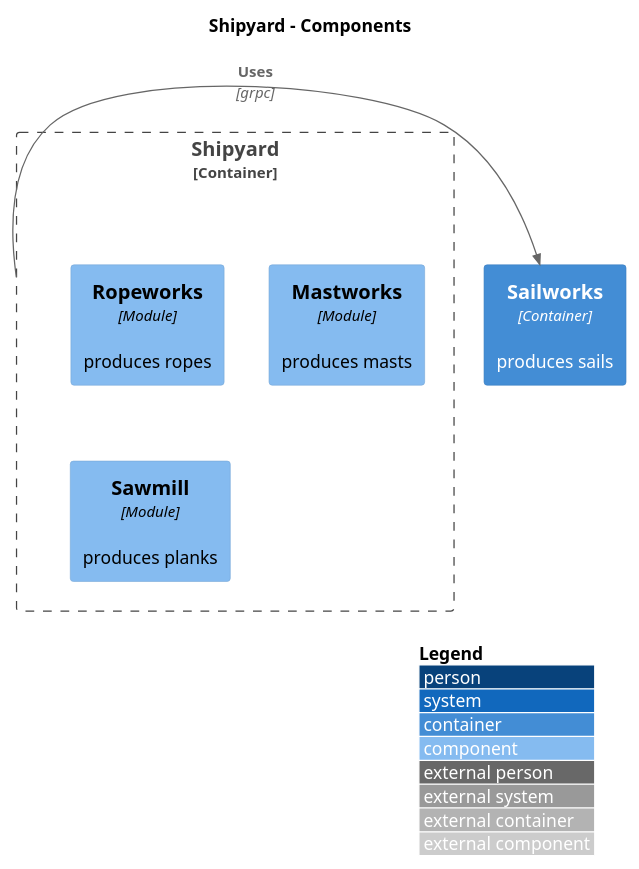
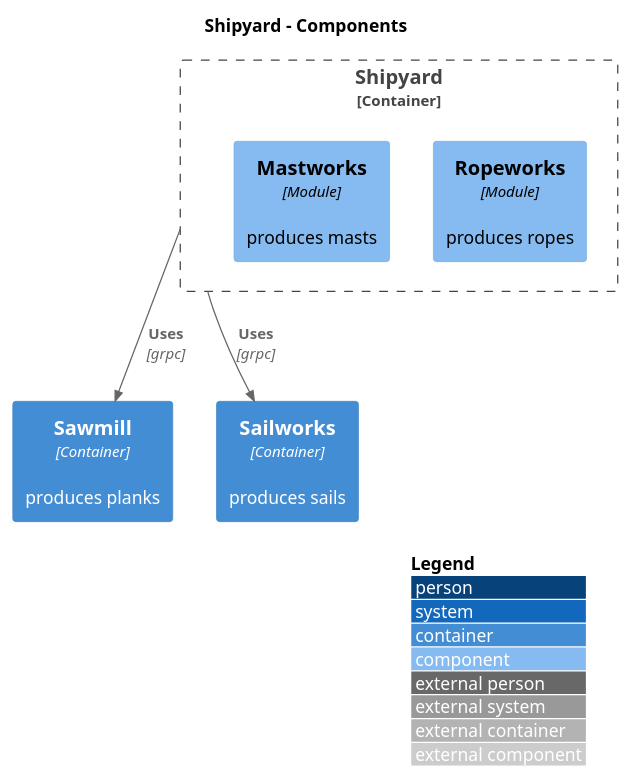
Before and after one commit to mateuszmidor/GoStudy: the diagram in modular-monolith/docs/C4_Component.puml, drawn with PlantUML. The commit also changed 18 other files, not shown here.

Commit message:
extract sawmill as grpc service

```diff
--- a/modular-monolith/docs/C4_Component.puml
+++ b/modular-monolith/docs/C4_Component.puml
@@ -1,15 +1,16 @@
 @startuml
 !include https://raw.githubusercontent.com/plantuml-stdlib/C4-PlantUML/master/C4_Component.puml
 
 LAYOUT_WITH_LEGEND()
 
 title Shipyard - Components
 
 Container_Boundary(Shipyard, "Shipyard") {
     Component(ropeworks, "Ropeworks", "Module", "produces ropes")
     Component(mastworks, "Mastworks", "Module", "produces masts")
-    Component(sawmill, "Sawmill", "Module", "produces planks")
 }
+Container(Sawmill, "Sawmill", "Container", "produces planks")
 Container(Sailworks, "Sailworks", "Container", "produces sails")
-Rel_Neighbor(Shipyard, Sailworks, "Uses", "grpc")
+Rel_D(Shipyard, Sawmill, "Uses", "grpc")
+Rel_D(Shipyard, Sailworks, "Uses", "grpc")
 @enduml
```
